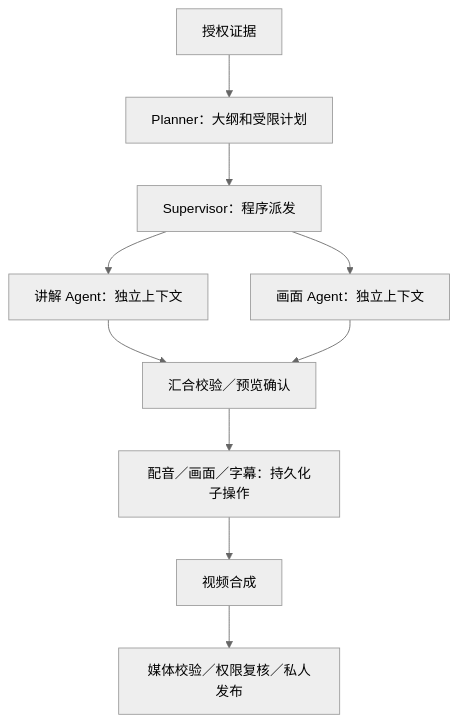
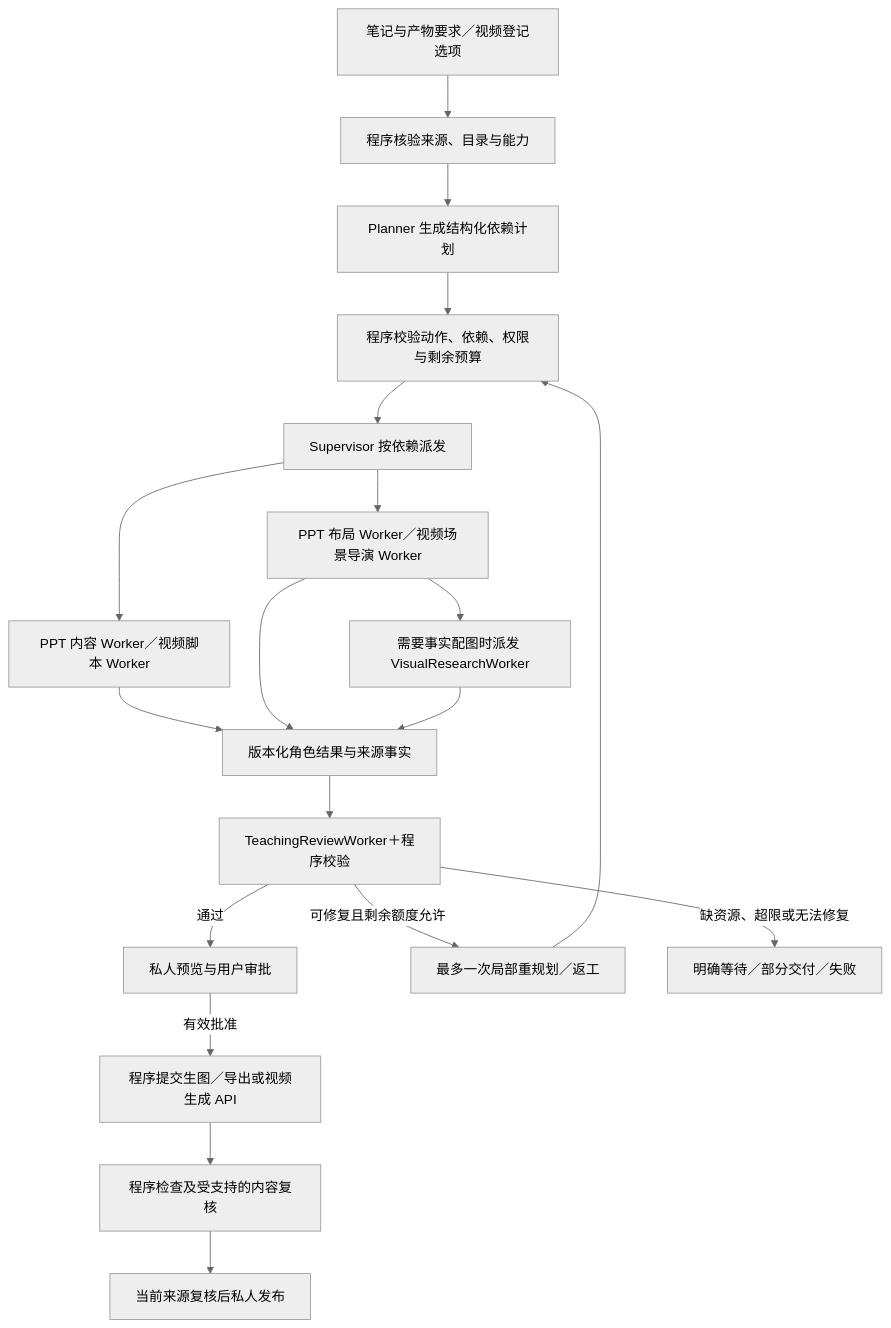
The fourth of 4 diagrams in AI模型应用开发学习验证项目架构.md (cetear/Novid), drawn with Mermaid (neutral theme) before and after one commit. The commit also changed other lines of this file and 45 other files, not shown here.

````diff
--- a/AI模型应用开发学习验证项目架构.md
+++ b/AI模型应用开发学习验证项目架构.md
@@ -636,12 +641,21 @@
 ```mermaid
 flowchart TD
-    V1[授权证据] --> V2[Planner：大纲和受限计划]
-    V2 --> S[Supervisor：程序派发]
-    S --> V3[讲解 Agent：独立上下文]
-    S --> V4[画面 Agent：独立上下文]
-    V3 --> V5[汇合校验／预览确认]
-    V4 --> V5
-    V5 --> V6[配音／画面／字幕：持久化子操作]
-    V6 --> V7[视频合成]
-    V7 --> V8[媒体校验／权限复核／私人发布]
+    INPUT[笔记与产物要求／视频登记选项] --> PREP[程序核验来源、目录与能力]
+    PREP --> PLAN[Planner 生成结构化依赖计划]
+    PLAN --> VALIDATE[程序校验动作、依赖、权限与剩余预算]
+    VALIDATE --> SUP[Supervisor 按依赖派发]
+    SUP --> CONTENT[PPT 内容 Worker／视频脚本 Worker]
+    SUP --> DESIGN[PPT 布局 Worker／视频场景导演 Worker]
+    DESIGN --> VISUAL[需要事实配图时派发 VisualResearchWorker]
+    CONTENT --> FACTS[版本化角色结果与来源事实]
+    DESIGN --> FACTS
+    VISUAL --> FACTS
+    FACTS --> REVIEW[TeachingReviewWorker＋程序校验]
+    REVIEW -->|通过| PREVIEW[私人预览与用户审批]
+    REVIEW -->|可修复且剩余额度允许| REPLAN[最多一次局部重规划／返工]
+    REPLAN --> VALIDATE
+    REVIEW -->|缺资源、超限或无法修复| STOP[明确等待／部分交付／失败]
+    PREVIEW -->|有效批准| EXEC[程序提交生图／导出或视频生成 API]
+    EXEC --> CHECK[程序检查及受支持的内容复核]
+    CHECK --> PUBLISH[当前来源复核后私人发布]
 ```
````
